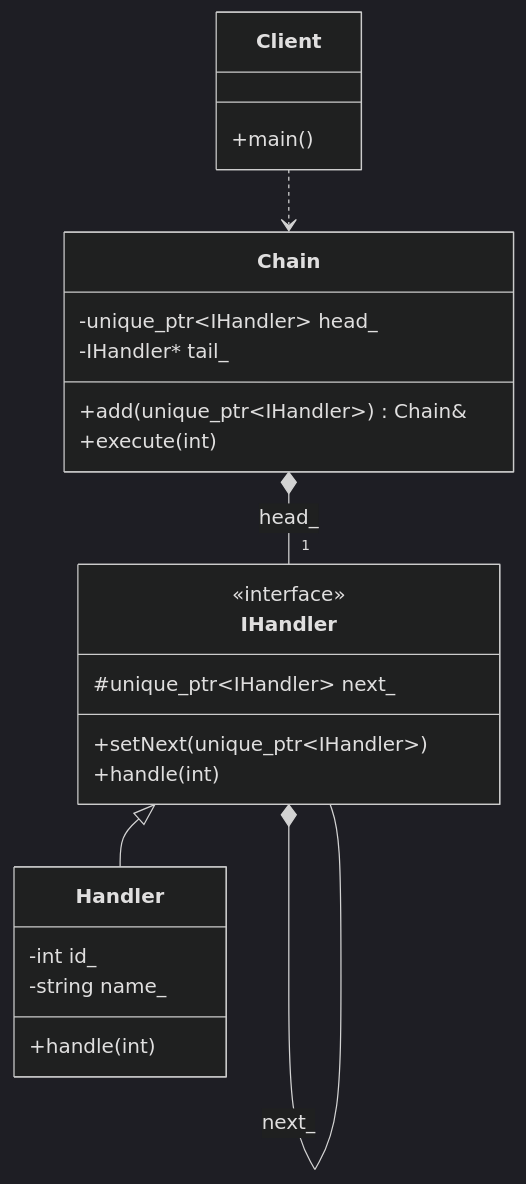
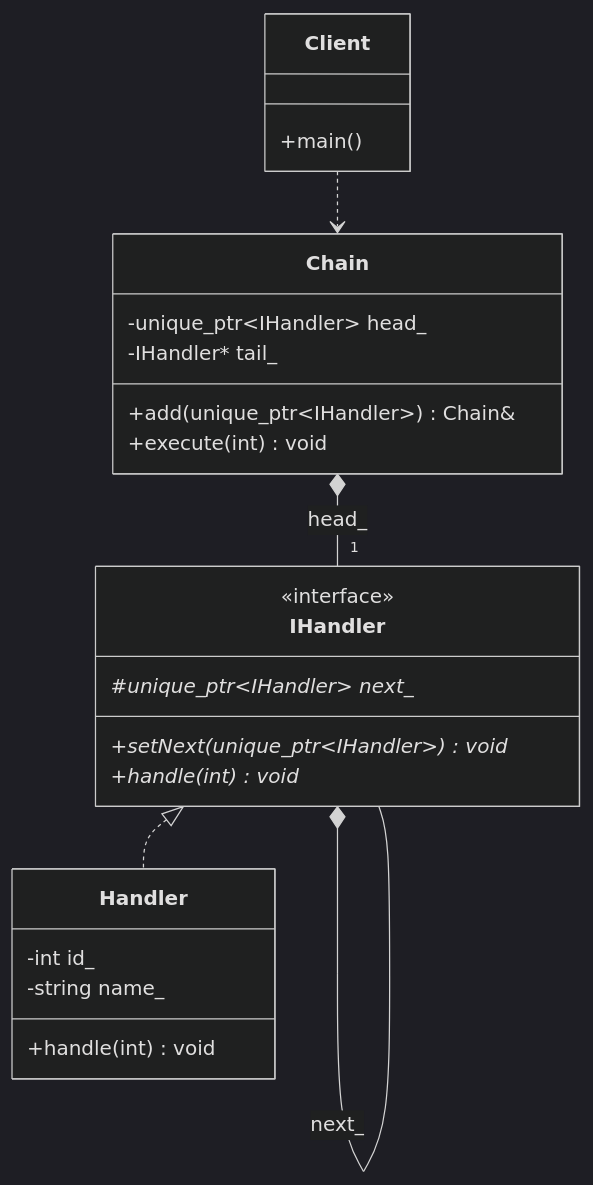
One commit to Cichlidfishexigency721/Modern-CPP-Design-Patterns changed the diagram in 18_ChainOfResponsability/README.md. Above: the diagram before and after it, drawn with Mermaid (dark theme). The commit also changed 2 other files, not shown here.

Commit message:
UML improvement

````diff
--- a/18_ChainOfResponsability/README.md
+++ b/18_ChainOfResponsability/README.md
@@ -34,39 +34,39 @@
 ```mermaid
 classDiagram
    class IHandler {
       <<interface>>
-      #unique_ptr~IHandler~ next_
-      +setNext(unique_ptr~IHandler~)
-      +handle(int)
+      #unique_ptr~IHandler~ next_*
+      +setNext(unique_ptr~IHandler~) void*
+      +handle(int) void*
    }
 
    class Handler {
       -int id_
       -string name_
-      +handle(int)
+      +handle(int) void
    }
 
    class Chain {
       -unique_ptr~IHandler~ head_
       -IHandler* tail_
       +add(unique_ptr~IHandler~) Chain&
-      +execute(int)
+      +execute(int) void
    }
 
    class Client {
       +main()
    }
 
-   %% Inheritance (Is_a) - No numbers
-   IHandler <|-- Handler
+   %% Inheritance (Implements)
+   IHandler <|.. Handler
 
    %% Recursive Composition: each handler owns the next one
    %% Composition (Has_a) - Multiplicity "1" only at the end
    IHandler *-- IHandler : next_
 
    %% The Chain manager owns the head of the list
    Chain *-- "1" IHandler : head_
 
    %% Client interactions
    Client ..> Chain
 ```
````
